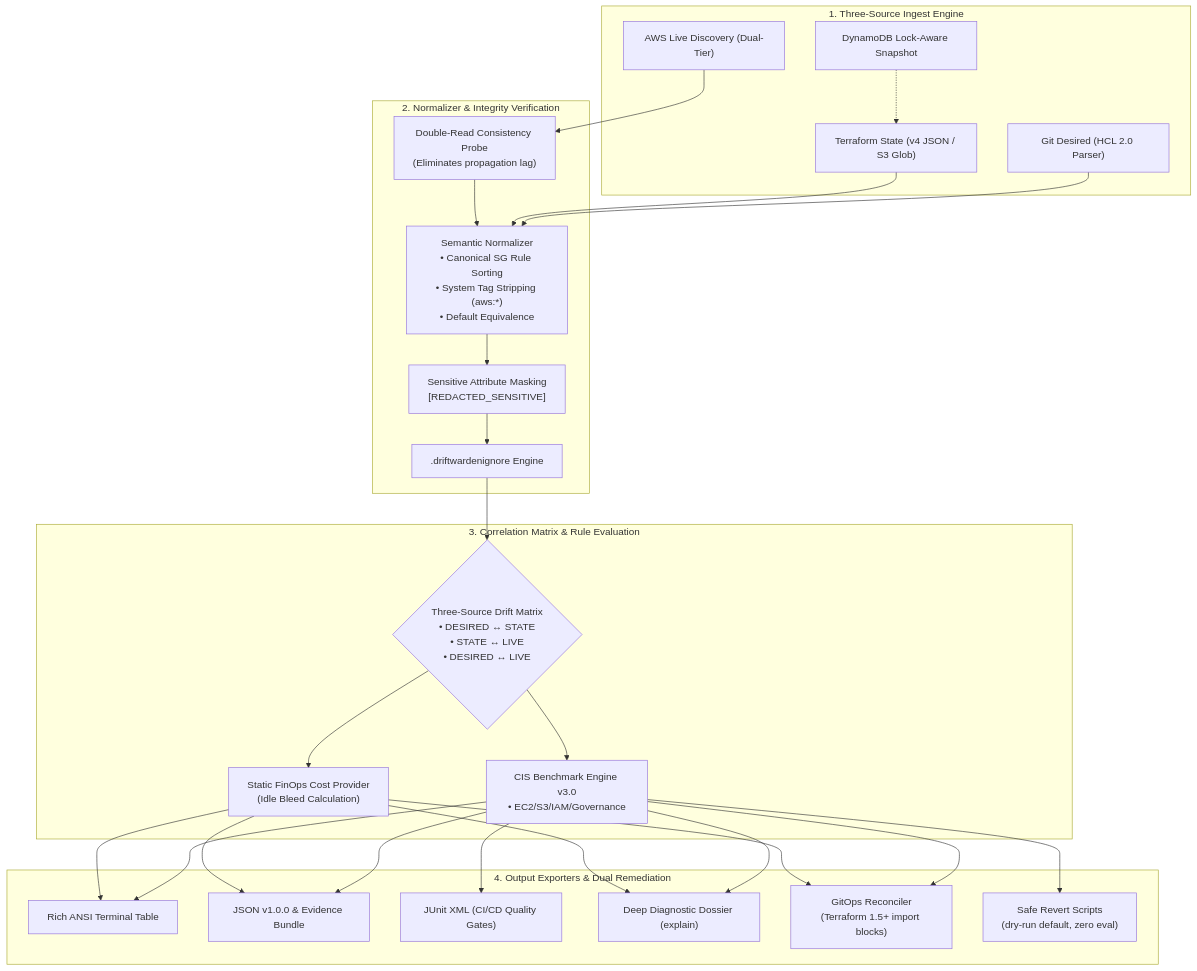
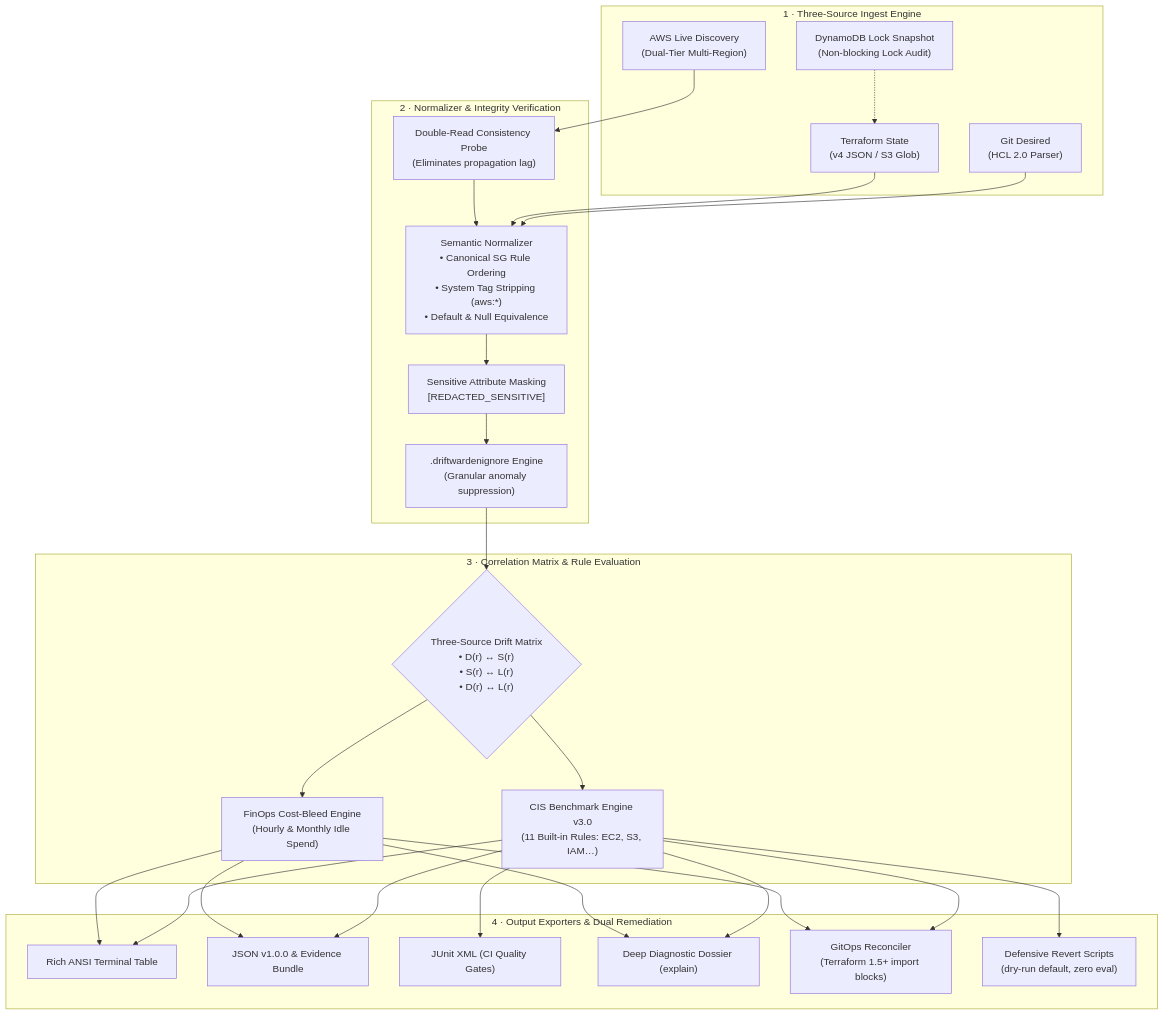
The diagram in README.md (ShyamD2/driftwarden), drawn with Mermaid before and after one commit. The commit also changed other lines of this file, not shown here.

````diff
--- a/README.md
+++ b/README.md
@@ -74,41 +87,41 @@
 ```mermaid
 flowchart TD
-    subgraph Inputs ["1. Three-Source Ingest Engine"]
-        HCL["Git Desired (HCL 2.0 Parser)"]
-        State["Terraform State (v4 JSON / S3 Glob)"]
-        Live["AWS Live Discovery (Dual-Tier)"]
-        Lock["DynamoDB Lock-Aware Snapshot"]
+    subgraph Ingest ["1 · Three-Source Ingest Engine"]
+        HCL["Git Desired\n(HCL 2.0 Parser)"]
+        State["Terraform State\n(v4 JSON / S3 Glob)"]
+        Live["AWS Live Discovery\n(Dual-Tier Multi-Region)"]
+        Lock["DynamoDB Lock Snapshot\n(Non-blocking Lock Audit)"]
     end
 
-    subgraph Normalization ["2. Normalizer & Integrity Verification"]
-        Norm["Semantic Normalizer\n• Canonical SG Rule Sorting\n• System Tag Stripping (aws:*)\n• Default Equivalence"]
+    subgraph Normalization ["2 · Normalizer & Integrity Verification"]
+        Norm["Semantic Normalizer\n• Canonical SG Rule Ordering\n• System Tag Stripping (aws:*)\n• Default & Null Equivalence"]
         Mask["Sensitive Attribute Masking\n[REDACTED_SENSITIVE]"]
         Probe["Double-Read Consistency Probe\n(Eliminates propagation lag)"]
-        Ignore[".driftwardenignore Engine"]
+        Ignore[".driftwardenignore Engine\n(Granular anomaly suppression)"]
     end
 
-    subgraph Correlation ["3. Correlation Matrix & Rule Evaluation"]
-        DiffMatrix{"Three-Source Drift Matrix\n• DESIRED ↔ STATE\n• STATE ↔ LIVE\n• DESIRED ↔ LIVE"}
-        CISEE["CIS Benchmark Engine v3.0\n• EC2/S3/IAM/Governance"]
-        FinOps["Static FinOps Cost Provider\n(Idle Bleed Calculation)"]
+    subgraph Correlation ["3 · Correlation Matrix & Rule Evaluation"]
+        DiffMatrix{"Three-Source Drift Matrix\n• D(r) ↔ S(r)\n• S(r) ↔ L(r)\n• D(r) ↔ L(r)"}
+        CISEE["CIS Benchmark Engine v3.0\n(11 Built-in Rules: EC2, S3, IAM…)"]
+        FinOps["FinOps Cost-Bleed Engine\n(Hourly & Monthly Idle Spend)"]
     end
 
-    subgraph Outputs ["4. Output Exporters & Dual Remediation"]
+    subgraph Exporters ["4 · Output Exporters & Dual Remediation"]
         CLI["Rich ANSI Terminal Table"]
         JSON["JSON v1.0.0 & Evidence Bundle"]
-        JUnit["JUnit XML (CI/CD Quality Gates)"]
+        JUnit["JUnit XML (CI Quality Gates)"]
         Dossier["Deep Diagnostic Dossier (explain)"]
         GitOps["GitOps Reconciler\n(Terraform 1.5+ import blocks)"]
-        Revert["Safe Revert Scripts\n(dry-run default, zero eval)"]
+        Revert["Defensive Revert Scripts\n(dry-run default, zero eval)"]
     end
 
     HCL --> Norm
     State --> Norm
     Lock -.-> State
     Live --> Probe --> Norm
     Norm --> Mask --> Ignore --> DiffMatrix
     DiffMatrix --> CISEE
     DiffMatrix --> FinOps
     CISEE --> CLI & JSON & JUnit & Dossier & GitOps & Revert
     FinOps --> CLI & JSON & Dossier & GitOps
 ```
````
